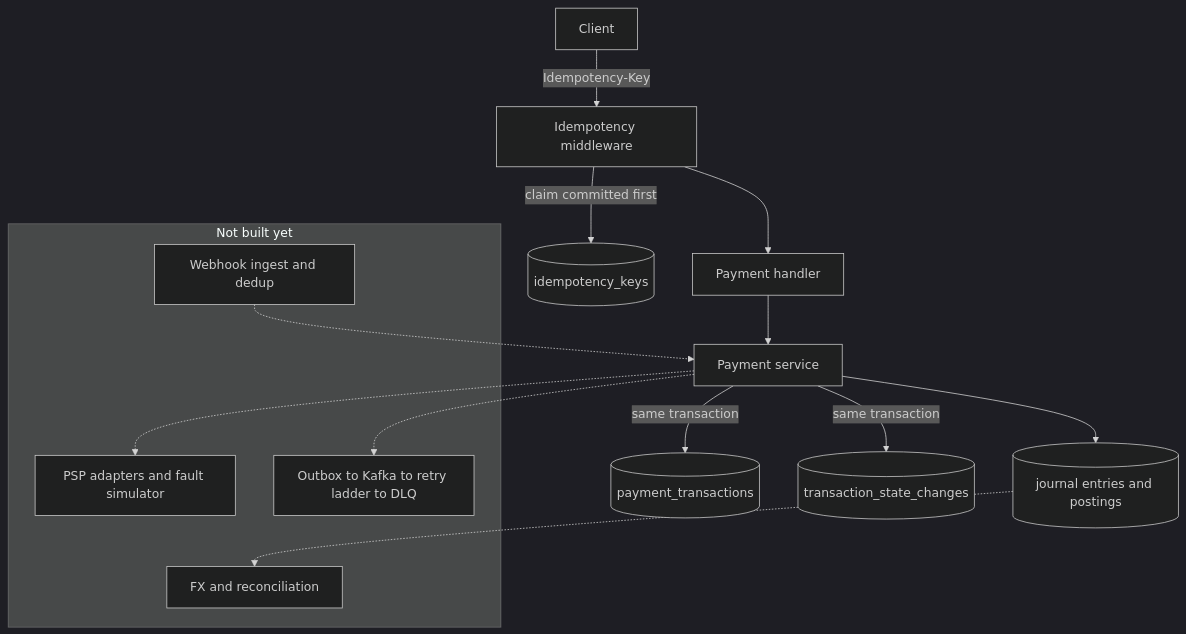
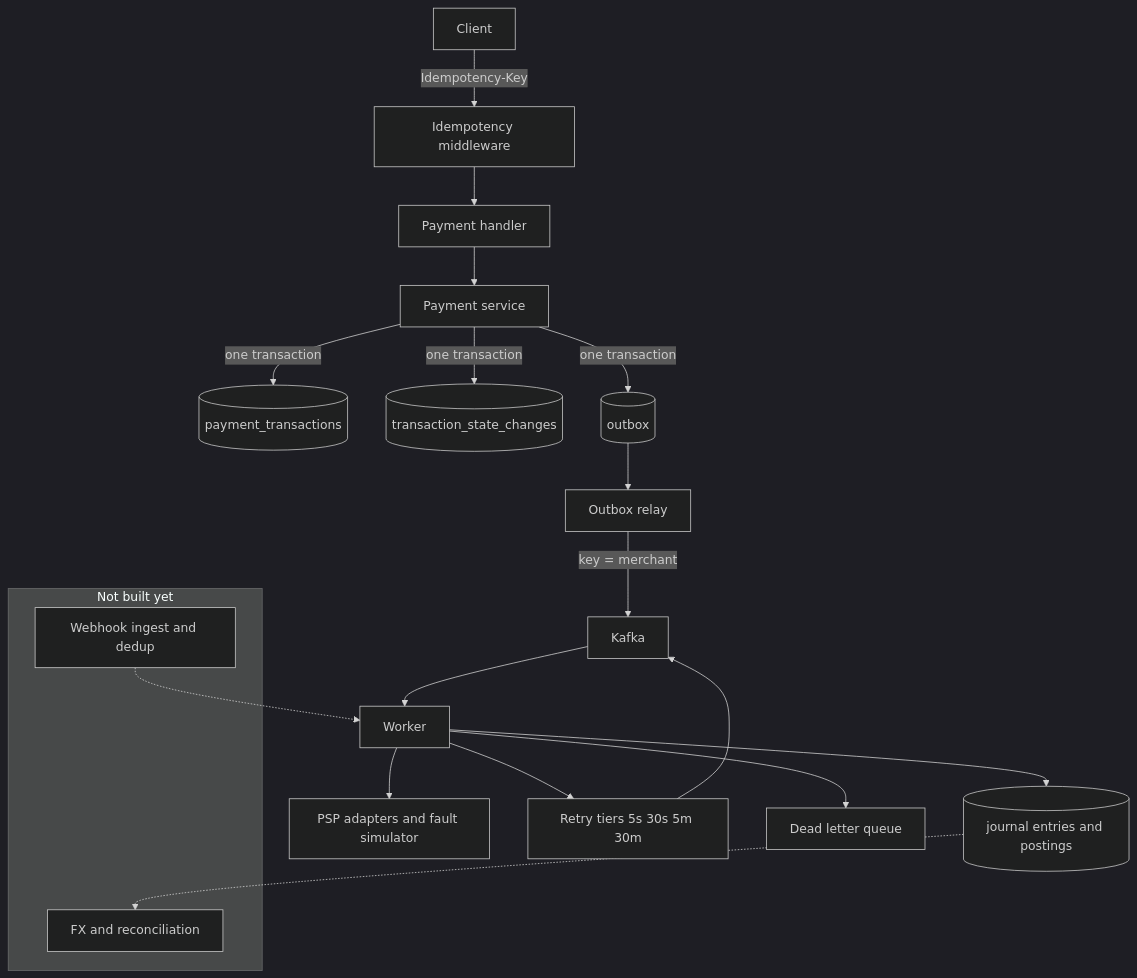
One commit to lqtrung-95/payment-orchestration changed the diagram in README.md. Above: the diagram before and after it, drawn with Mermaid (dark theme). The commit also changed other lines of this file and 32 other files, not shown here.

````diff
--- a/README.md
+++ b/README.md
@@ -217,22 +270,26 @@
 ```mermaid
 flowchart TB
     Client -->|Idempotency-Key| MW[Idempotency middleware]
-    MW -->|claim committed first| IK[(idempotency_keys)]
     MW --> H[Payment handler]
     H --> S[Payment service]
-    S -->|same transaction| TX[(payment_transactions)]
-    S -->|same transaction| AUD[(transaction_state_changes)]
-    S --> LG[(journal entries and postings)]
+    S -->|one transaction| TX[(payment_transactions)]
+    S -->|one transaction| AUD[(transaction_state_changes)]
+    S -->|one transaction| OB[(outbox)]
+
+    OB --> REL[Outbox relay]
+    REL -->|key = merchant| K[Kafka]
+    K --> W[Worker]
+    W --> PSP[PSP adapters and fault simulator]
+    W --> RT[Retry tiers 5s 30s 5m 30m]
+    RT --> K
+    W --> DLQ[Dead letter queue]
+    W --> LG[(journal entries and postings)]
 
     subgraph planned [Not built yet]
-        PSP[PSP adapters and fault simulator]
-        OB[Outbox to Kafka to retry ladder to DLQ]
         WH[Webhook ingest and dedup]
         REC[FX and reconciliation]
     end
 
-    S -.-> PSP
-    S -.-> OB
-    WH -.-> S
+    WH -.-> W
     LG -.-> REC
 ```
````
